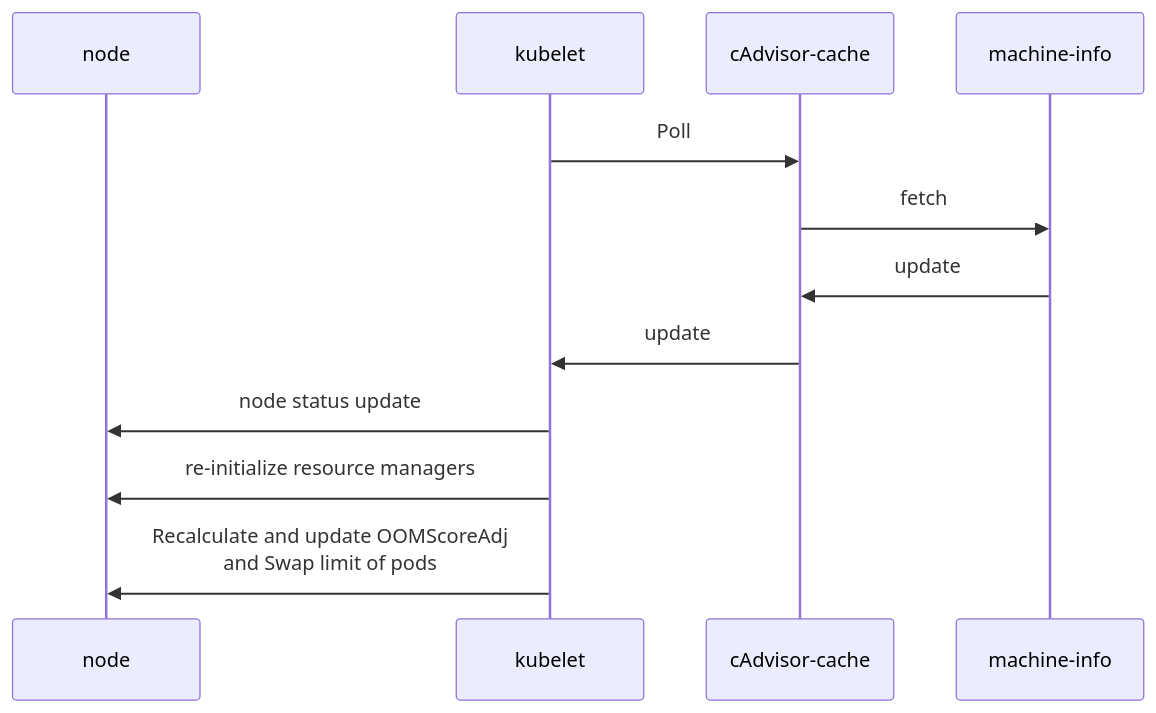
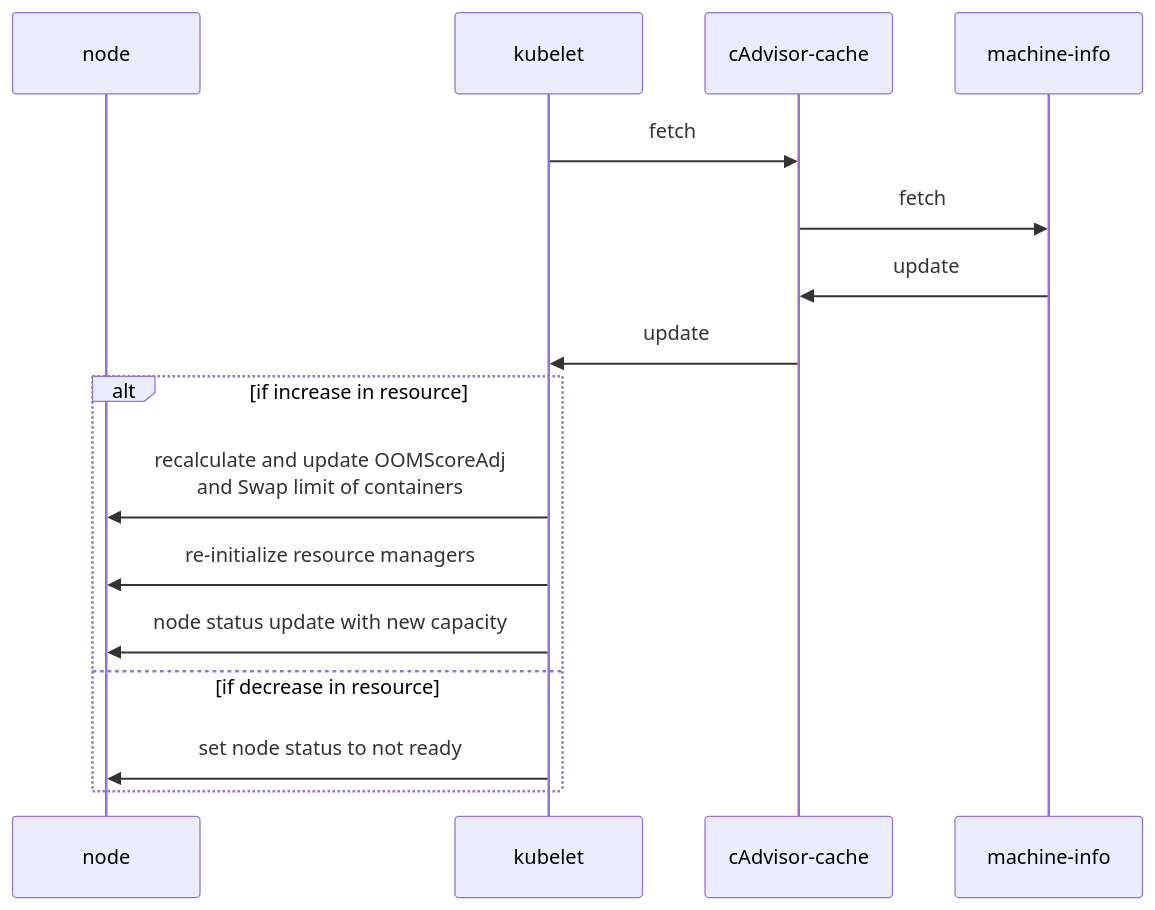
One commit to kubernetes/enhancements changed the diagram in keps/sig-node/3953-node-resource-hot-plug/README.md. Above: the diagram before and after it, drawn with Mermaid. The commit also changed other lines of this file and 1 other file, not shown here.

````diff
--- a/keps/sig-node/3953-node-resource-hot-plug/README.md
+++ b/keps/sig-node/3953-node-resource-hot-plug/README.md
@@ -262,14 +226,18 @@
 ```mermaid
 sequenceDiagram
     participant node
     participant kubelet
     participant cAdvisor-cache
     participant machine-info
-    kubelet->>cAdvisor-cache: Poll
+    kubelet->>cAdvisor-cache: fetch
     cAdvisor-cache->>machine-info: fetch
     machine-info->>cAdvisor-cache: update
     cAdvisor-cache->>kubelet: update
-    kubelet->>node: node status update
+    alt if increase in resource
+    kubelet->>node: recalculate and update OOMScoreAdj <br> and Swap limit of containers
     kubelet->>node: re-initialize resource managers
-    kubelet->>node: Recalculate and update OOMScoreAdj <br> and Swap limit of pods
+    kubelet->>node: node status update with new capacity
+    else if decrease in resource
+    kubelet->>node: set node status to not ready
+    end
 ```
````
